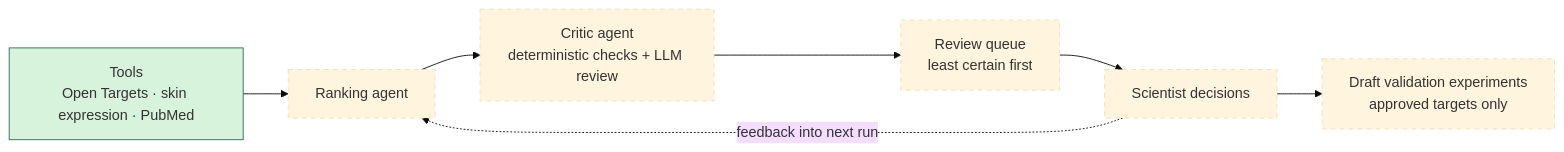
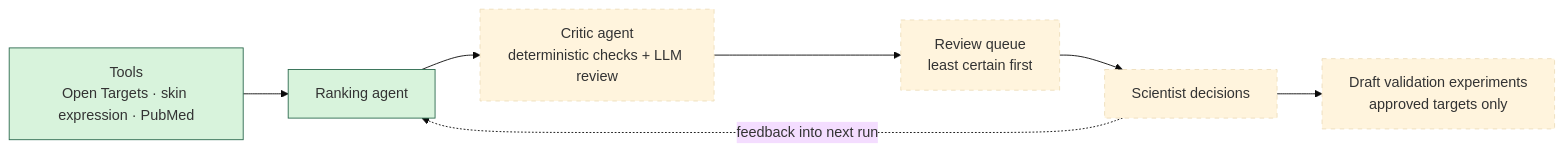
One commit to yukapooka/target-evidence-agent changed the diagram in README.md. Above: the diagram before and after it, drawn with Mermaid (base theme). The commit also changed other lines of this file, not shown here.

````diff
--- a/README.md
+++ b/README.md
@@ -11,14 +11,14 @@
 ```mermaid
 flowchart LR
     T["Tools<br/>Open Targets · skin expression · PubMed"] --> R["Ranking agent"]
     R --> C["Critic agent<br/>deterministic checks + LLM review"]
     C --> Q["Review queue<br/>least certain first"]
     Q --> H["Scientist decisions"]
     H -.->|feedback into next run| R
     H --> E["Draft validation experiments<br/>approved targets only"]
 
     classDef built fill:#d8f3dc,stroke:#2d6a4f;
     classDef planned stroke-dasharray: 5 5;
-    class T built;
-    class R,C,Q,H,E planned;
+    class T,R built;
+    class C,Q,H,E planned;
 ```
````
